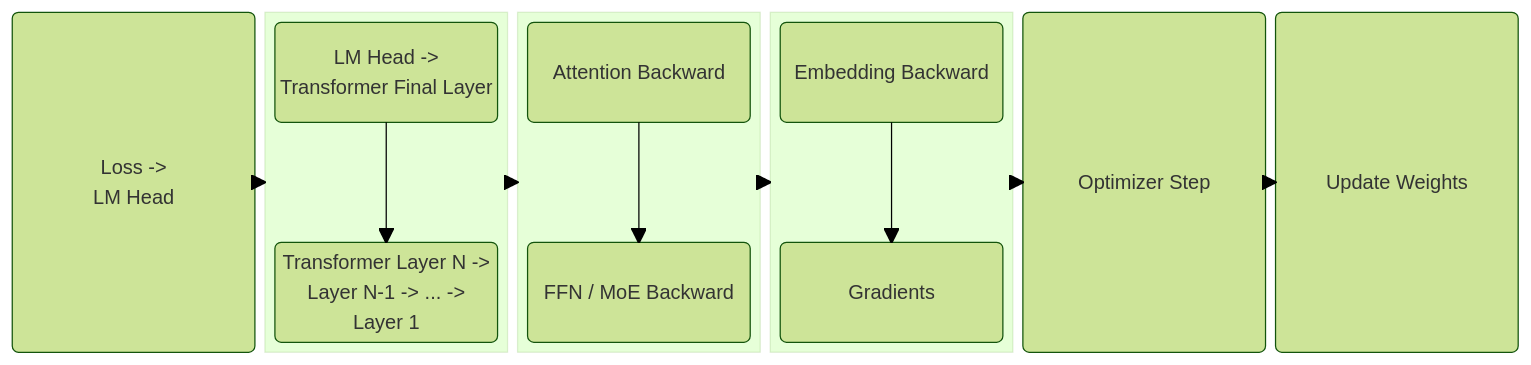
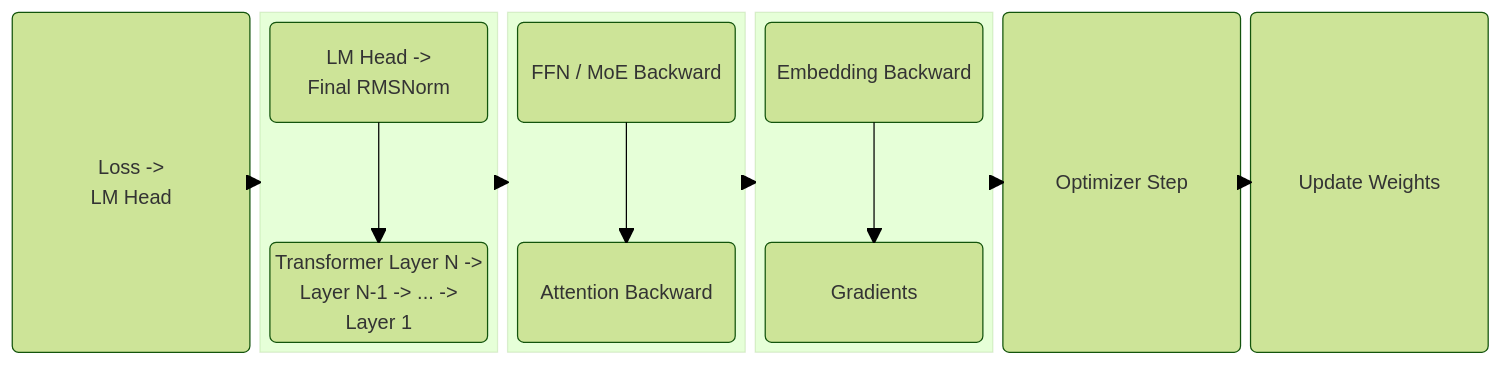
One commit to ChrisZhu2050/chriszhu2050.github.io changed diagram 24 of 24 in index.md. Above: the diagram before and after it, drawn with Mermaid (forest theme). The commit also changed other lines of this file, not shown here.

````diff
--- a/index.md
+++ b/index.md
@@ -1121,42 +1133,42 @@
   ```mermaid
         block
         columns 6
 
           a("Loss ->
            LM Head")
           
 
         block:group2:1
           columns 1
           c1("LM Head -> 
-          Transformer Final Layer") space
+          Final RMSNorm") space
           b1("Transformer Layer N -> 
           Layer N-1 -> ... ->
            Layer 1")
           
         end
         block:group3:1
           columns 1
-          d("Attention Backward") space
-          e("FFN / MoE Backward") 
+          d("FFN / MoE Backward") space
+          e("Attention Backward") 
         end
         block:group4:1
           columns 1
           f("Embedding Backward") space
           g("Gradients")
 
         end
         
           z("Optimizer Step")
           y("Update Weights")
         
         c1 --> b1
         d --> e
         f --> g
         a --> group2
         group2 --> group3
         group3 --> group4
         group4 --> z
         z --> y
 
   ```  
````
